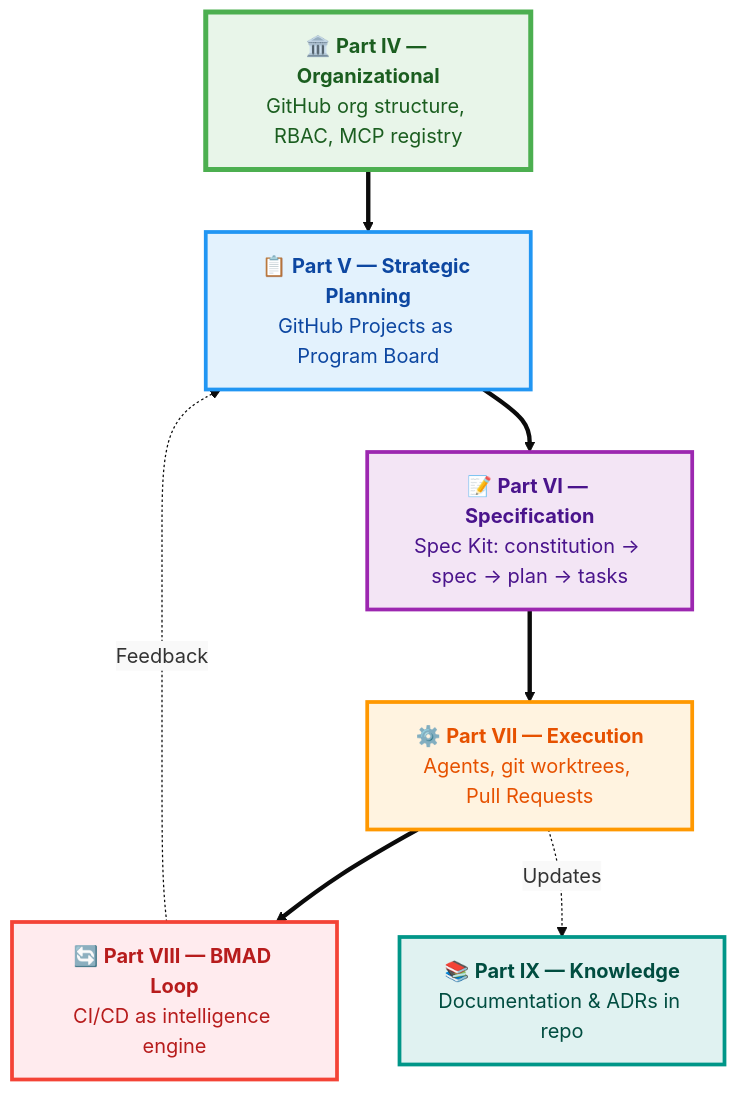
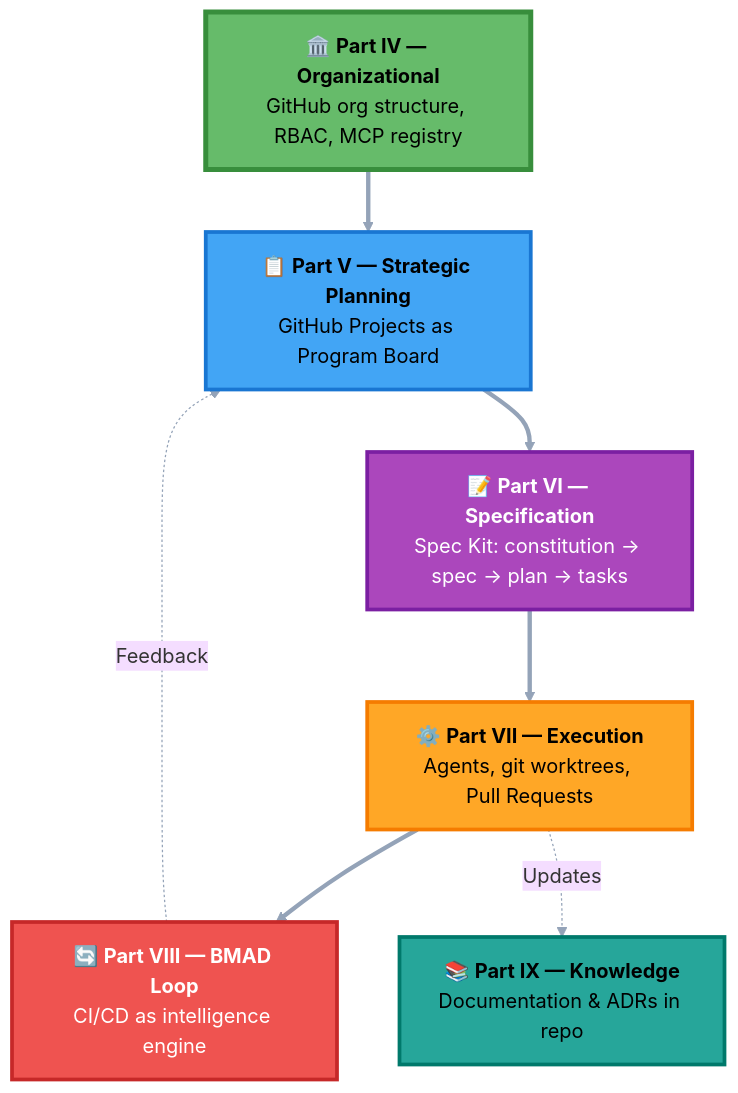
Before and after one commit to donbr/github-agentic-om: the first of 8 diagrams in github-native-operating-model.md, drawn with Mermaid. The commit also changed other lines of this file, not shown here.

Commit message:
update operating model mermaid diagrams

````diff
--- a/github-native-operating-model.md
+++ b/github-native-operating-model.md
@@ -40,33 +40,33 @@
 ```mermaid
-%%{init: {"theme":"base", "themeVariables": {"primaryColor":"#f9f9f9","primaryBorderColor":"#333"}}}%%
+%%{init: {"theme":"base", "themeVariables": {"lineColor":"#94a3b8","primaryBorderColor":"#94a3b8","textColor":"#64748b"}}}%%
 flowchart TB
     %% Simplified Overview - Progressive Disclosure Pattern
 
     ORG["🏛️ <b>Part IV — Organizational</b><br/>GitHub org structure, RBAC, MCP registry"]
     PLAN["📋 <b>Part V — Strategic Planning</b><br/>GitHub Projects as Program Board"]
     SPEC["📝 <b>Part VI — Specification</b><br/>Spec Kit: constitution → spec → plan → tasks"]
     EXEC["⚙️ <b>Part VII — Execution</b><br/>Agents, git worktrees, Pull Requests"]
     BMAD["🔄 <b>Part VIII — BMAD Loop</b><br/>CI/CD as intelligence engine"]
     KNOW["📚 <b>Part IX — Knowledge</b><br/>Documentation & ADRs in repo"]
 
     ORG ==> PLAN
     PLAN ==> SPEC
     SPEC ==> EXEC
     EXEC ==> BMAD
     BMAD -.Feedback.-> PLAN
     EXEC -.Updates.-> KNOW
 
-    classDef foundation fill:#e8f5e9,stroke:#4caf50,stroke-width:4px,color:#1b5e20
-    classDef planning fill:#e3f2fd,stroke:#2196f3,stroke-width:3px,color:#0d47a1
-    classDef specification fill:#f3e5f5,stroke:#9c27b0,stroke-width:3px,color:#4a148c
-    classDef execution fill:#fff3e0,stroke:#ff9800,stroke-width:3px,color:#e65100
-    classDef intelligence fill:#ffebee,stroke:#f44336,stroke-width:3px,color:#b71c1c
-    classDef knowledge fill:#e0f2f1,stroke:#009688,stroke-width:3px,color:#004d40
+    classDef foundation fill:#66bb6a,stroke:#388e3c,stroke-width:4px,color:#000000
+    classDef planning fill:#42a5f5,stroke:#1976d2,stroke-width:3px,color:#000000
+    classDef specification fill:#ab47bc,stroke:#7b1fa2,stroke-width:3px,color:#ffffff
+    classDef execution fill:#ffa726,stroke:#f57c00,stroke-width:3px,color:#000000
+    classDef intelligence fill:#ef5350,stroke:#c62828,stroke-width:3px,color:#ffffff
+    classDef knowledge fill:#26a69a,stroke:#00796b,stroke-width:3px,color:#000000
 
     class ORG foundation
     class PLAN planning
     class SPEC specification
     class EXEC execution
     class BMAD intelligence
     class KNOW knowledge
 ```
````
